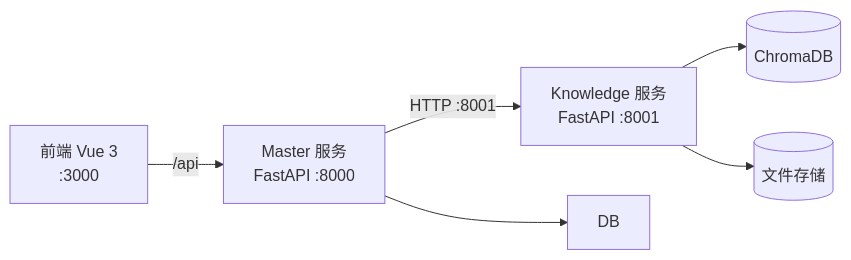
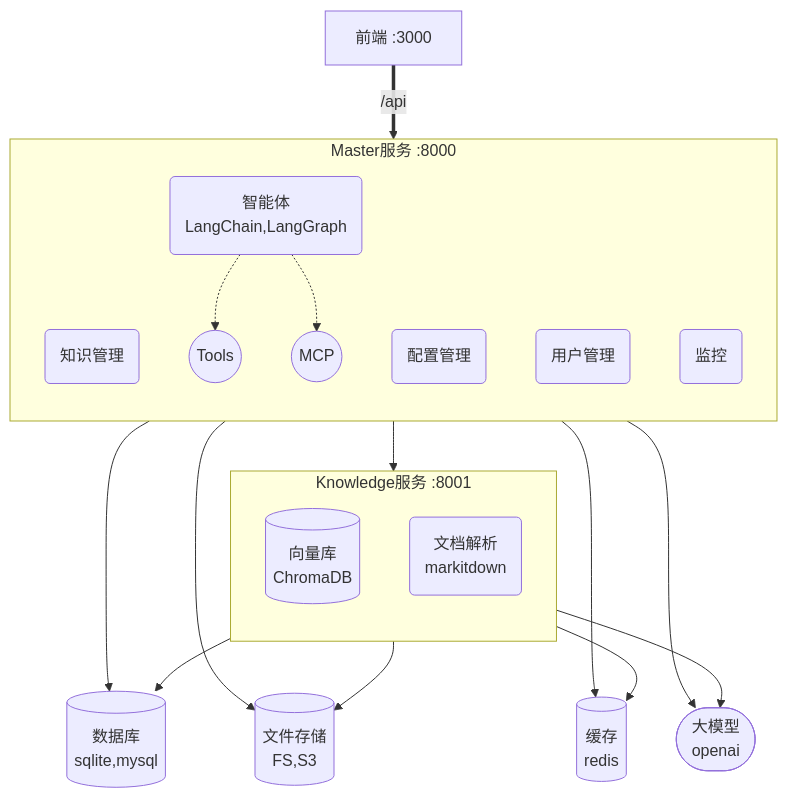
Before and after one commit to BytemanD/next-agents-platform: the diagram in README.md, drawn with Mermaid. The commit also changed other lines of this file and 12 other files, not shown here.

````diff
--- a/README.md
+++ b/README.md
@@ -30,8 +30,30 @@
 ```mermaid
-flowchart LR
-    FE[前端 Vue 3<br/>:3000] -->|/api| MASTER[Master 服务<br/>FastAPI :8000]
-    MASTER -->|HTTP :8001| KB[Knowledge 服务<br/>FastAPI :8001]
-    MASTER --> DB
-    KB --> VEC[(ChromaDB)]
-    KB --> RAW[(文件存储)]
+flowchart TB
+    FE[前端 :3000] ==>|/api| MS
+    subgraph MS[Master服务 :8000]
+        direction TB
+        KM(知识管理)
+        CM(配置管理)
+        UM(用户管理)
+        Monitor(监控)
+        Agents(智能体<br/>LangChain,LangGraph)
+        Agents .-> TOOL((Tools))
+        Agents .-> MCP((MCP))
+    end
+    subgraph KS[Knowledge服务 :8001]
+        direction TB
+        Vector[(向量库<br/>ChromaDB)]
+        Parser(文档解析<br/>markitdown)
+    end
+    MS --> KS
+
+    MS --> DB[(数据库<br/>sqlite,mysql)]
+    MS --> Storage[(文件存储<br/>FS,S3)]
+    MS --> Cache[(缓存<br/>redis)]
+    MS --> LLM([大模型<br/>openai])
+
+    KS --> DB
+    KS --> Storage
+    KS --> Cache
+    KS --> LLM
 ```
````
